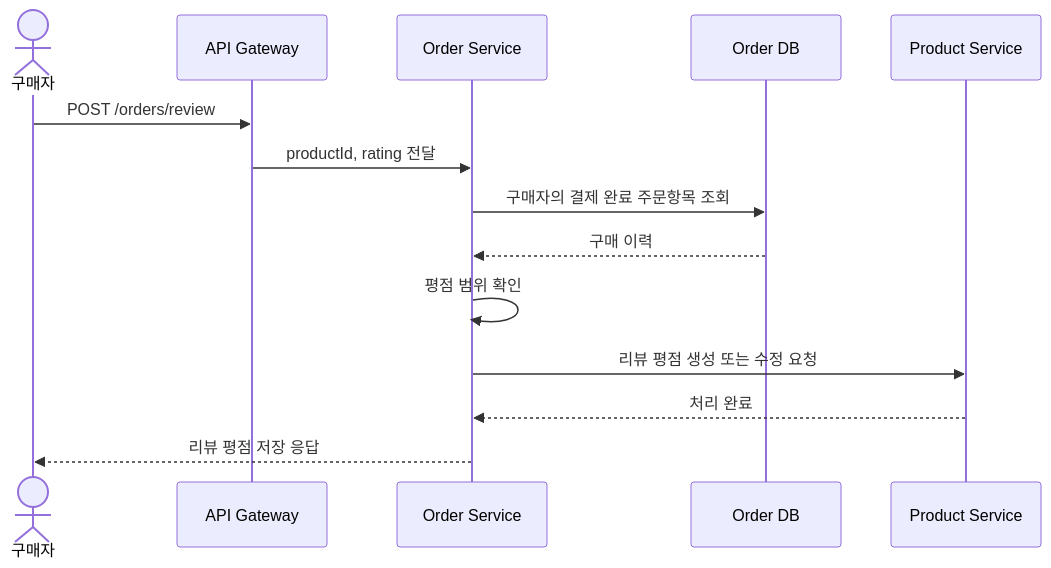
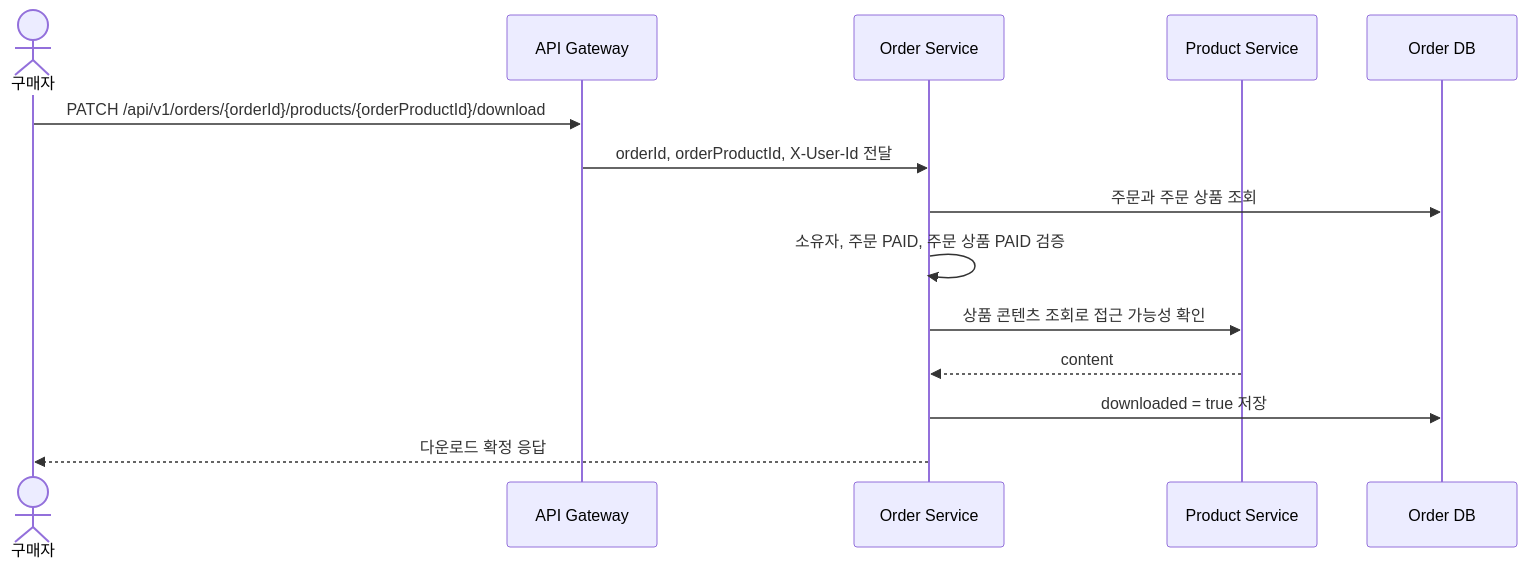
One commit to prgrms-be-adv-devcourse/beadv6_6_3JMT_BE changed the eighth of 15 diagrams in docs/architecture/order-usecase-detail.md. Above: the diagram before and after it, drawn with Mermaid. The commit also changed other lines of this file and 3 other files, not shown here.

Commit message:
docs: order-service 문서 현행화

````diff
--- a/docs/architecture/order-usecase-detail.md
+++ b/docs/architecture/order-usecase-detail.md
@@ -328,17 +259,17 @@
 ```mermaid
 sequenceDiagram
     actor Buyer as 구매자
     participant Gateway as API Gateway
     participant Order as Order Service
+    participant Product as Product Service
     participant DB as Order DB
-    participant Product as Product Service
 
-    Buyer->>Gateway: POST /orders/review
-    Gateway->>Order: productId, rating 전달
-    Order->>DB: 구매자의 결제 완료 주문항목 조회
-    DB-->>Order: 구매 이력
-    Order->>Order: 평점 범위 확인
-    Order->>Product: 리뷰 평점 생성 또는 수정 요청
-    Product-->>Order: 처리 완료
-    Order-->>Buyer: 리뷰 평점 저장 응답
+    Buyer->>Gateway: PATCH /api/v1/orders/{orderId}/products/{orderProductId}/download
+    Gateway->>Order: orderId, orderProductId, X-User-Id 전달
+    Order->>DB: 주문과 주문 상품 조회
+    Order->>Order: 소유자, 주문 PAID, 주문 상품 PAID 검증
+    Order->>Product: 상품 콘텐츠 조회로 접근 가능성 확인
+    Product-->>Order: content
+    Order->>DB: downloaded = true 저장
+    Order-->>Buyer: 다운로드 확정 응답
 ```
````
